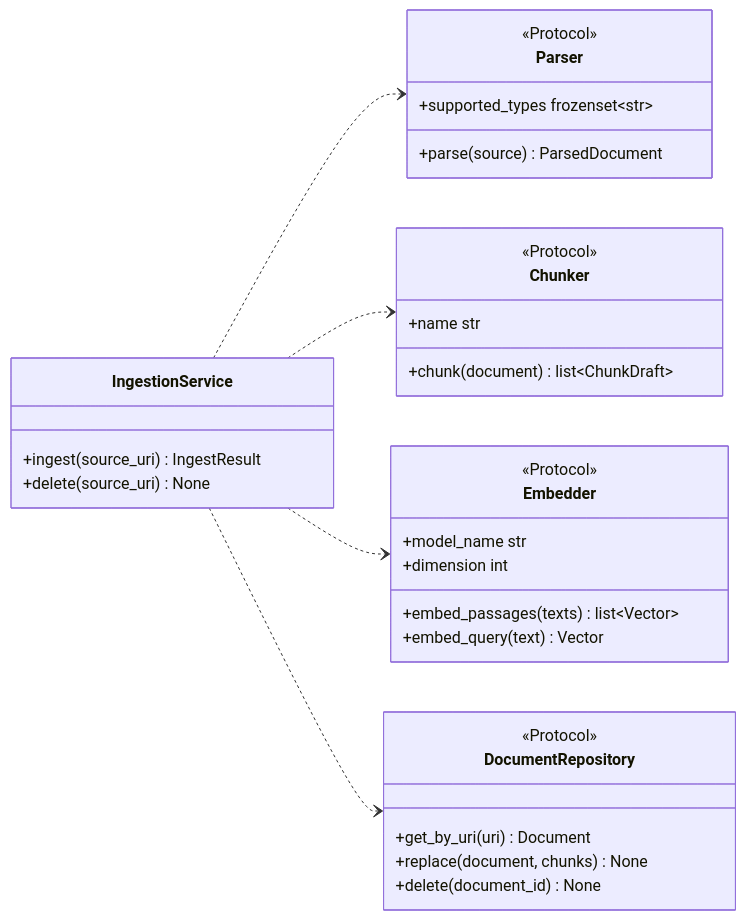
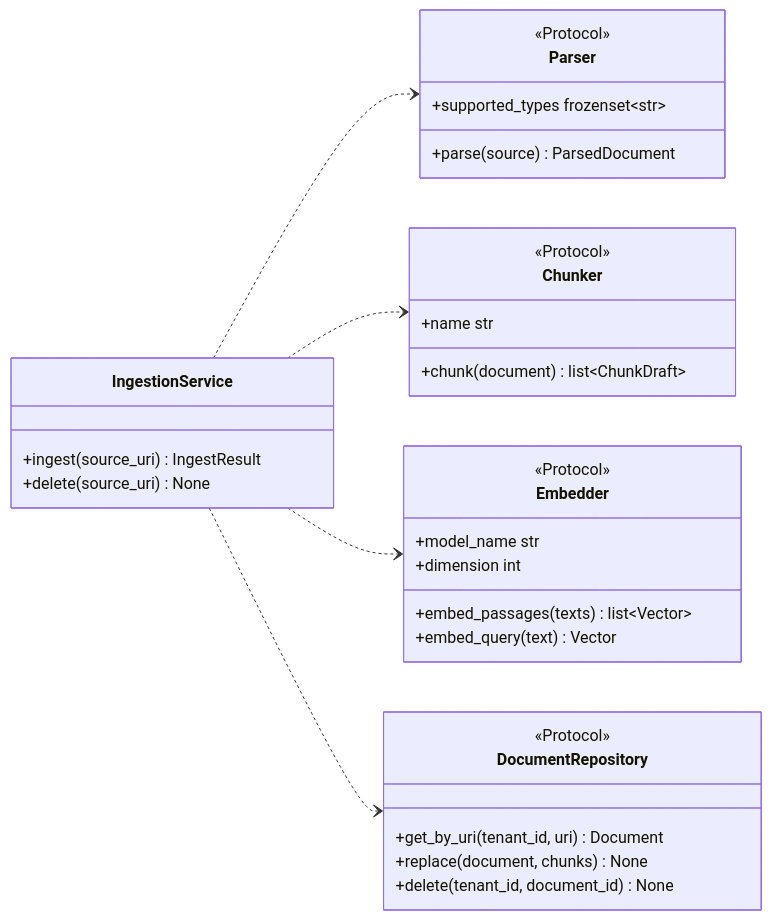
Before and after one commit to GhassenJamoussi99/open-rag-engine: the second of 3 diagrams in docs/architecture/05-interfaces.md, drawn with Mermaid. The commit also changed 36 other files, not shown here.

````diff
--- a/docs/architecture/05-interfaces.md
+++ b/docs/architecture/05-interfaces.md
@@ -69,37 +69,37 @@
 ```mermaid
 classDiagram
     direction LR
 
     class IngestionService {
         +ingest(source_uri) IngestResult
         +delete(source_uri) None
     }
     class Parser {
         <<Protocol>>
         +supported_types frozenset~str~
         +parse(source) ParsedDocument
     }
     class Chunker {
         <<Protocol>>
         +name str
         +chunk(document) list~ChunkDraft~
     }
     class Embedder {
         <<Protocol>>
         +model_name str
         +dimension int
         +embed_passages(texts) list~Vector~
         +embed_query(text) Vector
     }
     class DocumentRepository {
         <<Protocol>>
-        +get_by_uri(uri) Document
+        +get_by_uri(tenant_id, uri) Document
         +replace(document, chunks) None
-        +delete(document_id) None
+        +delete(tenant_id, document_id) None
     }
 
     IngestionService ..> Parser
     IngestionService ..> Chunker
     IngestionService ..> Embedder
     IngestionService ..> DocumentRepository
 ```
````
